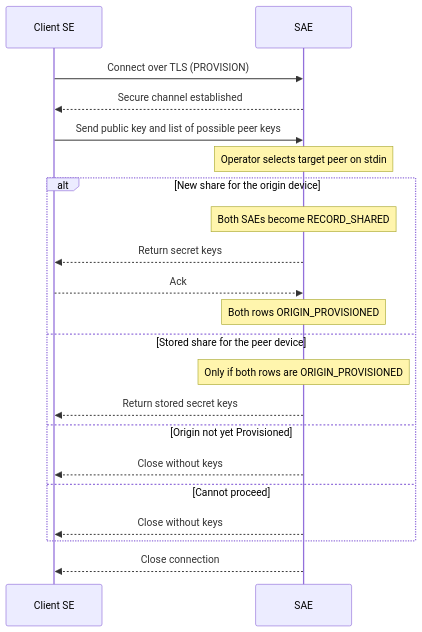
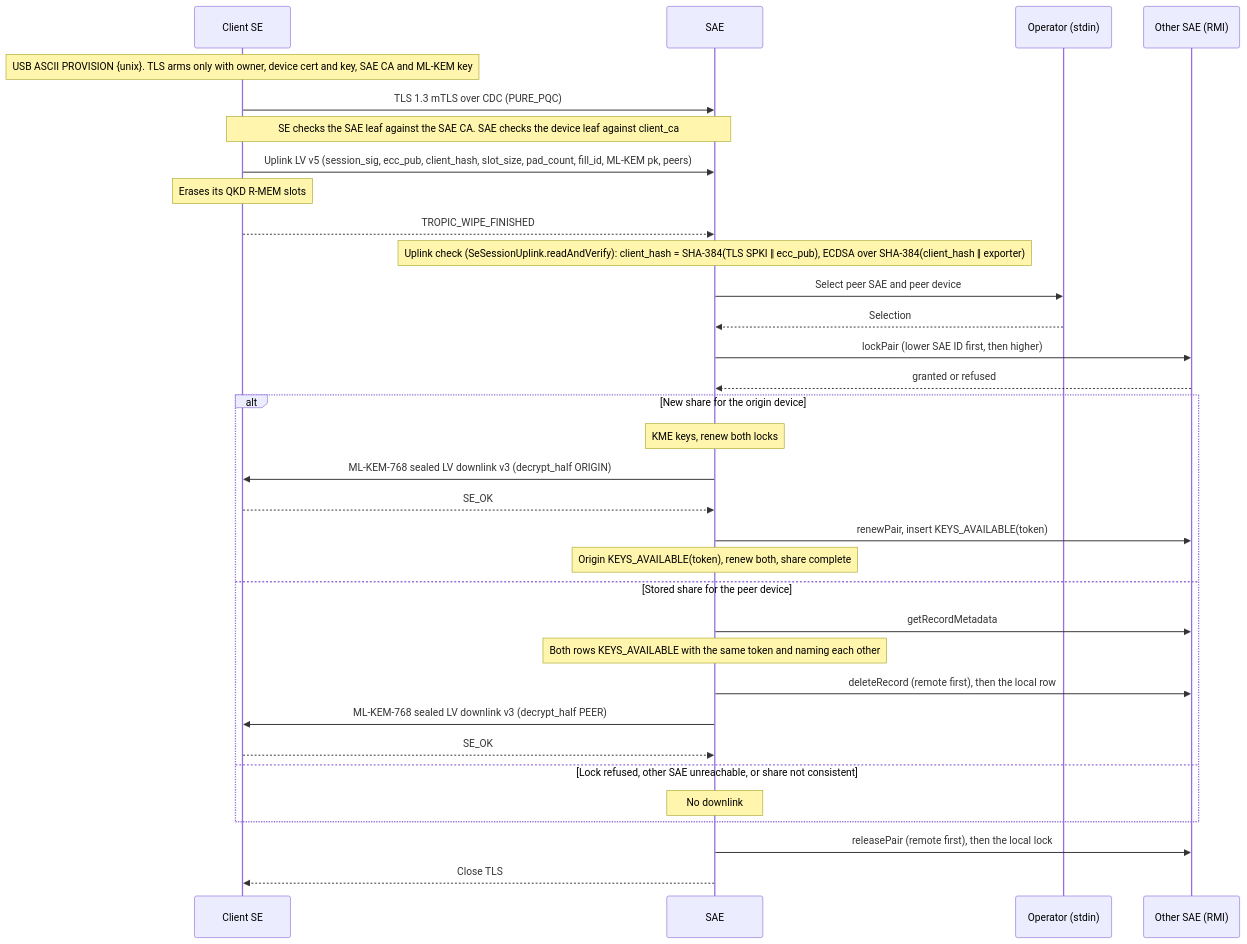
One commit to vonasmic/one-time-pad-keychain changed the second of 9 diagrams in JAVA_APPS/docs/FLOWCHARTS.md. Above: the diagram before and after it, drawn with Mermaid. The commit also changed other lines of this file and 310 other files, not shown here.

Commit message:
sae: security analysis and its reflective changes

````diff
--- a/JAVA_APPS/docs/FLOWCHARTS.md
+++ b/JAVA_APPS/docs/FLOWCHARTS.md
@@ -70,26 +81,38 @@
 ```mermaid
 sequenceDiagram
     participant SE as Client SE
     participant SAE as SAE
+    participant OP as Operator (stdin)
+    participant PEER as Other SAE (RMI)
 
-    SE->>SAE: Connect over TLS (PROVISION)
-    SAE-->>SE: Secure channel established
-    SE->>SAE: Send public key and list of possible peer keys
-    Note over SAE: Operator selects target peer on stdin
+    Note over SE: USB ASCII PROVISION {unix}. TLS arms only with owner, device cert and key, SAE CA and ML-KEM key
+    SE->>SAE: TLS 1.3 mTLS over CDC (PURE_PQC)
+    Note over SE,SAE: SE checks the SAE leaf against the SAE CA. SAE checks the device leaf against client_ca
+    SE->>SAE: Uplink LV v5 (session_sig, ecc_pub, client_hash, slot_size, pad_count, fill_id, ML-KEM pk, peers)
+    Note over SE: Erases its QKD R-MEM slots
+    SE-->>SAE: TROPIC_WIPE_FINISHED
+    Note over SAE: Uplink check (SeSessionUplink.readAndVerify): client_hash = SHA-384(TLS SPKI ‖ ecc_pub), ECDSA over SHA-384(client_hash ‖ exporter)
+    SAE->>OP: Select peer SAE and peer device
+    OP-->>SAE: Selection
+    SAE->>PEER: lockPair (lower SAE ID first, then higher)
+    PEER-->>SAE: granted or refused
 
     alt New share for the origin device
-        Note over SAE: Both SAEs become RECORD_SHARED
-        SAE-->>SE: Return secret keys
-        SE-->>SAE: Ack
-        Note over SAE: Both rows ORIGIN_PROVISIONED
+        Note over SAE: KME keys, renew both locks
+        SAE->>SE: ML-KEM-768 sealed LV downlink v3 (decrypt_half ORIGIN)
+        SE-->>SAE: SE_OK
+        SAE->>PEER: renewPair, insert KEYS_AVAILABLE(token)
+        Note over SAE: Origin KEYS_AVAILABLE(token), renew both, share complete
     else Stored share for the peer device
-        Note over SAE: Only if both rows are ORIGIN_PROVISIONED
-        SAE-->>SE: Return stored secret keys
-    else Origin not yet Provisioned
-        SAE-->>SE: Close without keys
-    else Cannot proceed
-        SAE-->>SE: Close without keys
+        SAE->>PEER: getRecordMetadata
+        Note over SAE: Both rows KEYS_AVAILABLE with the same token and naming each other
+        SAE->>PEER: deleteRecord (remote first), then the local row
+        SAE->>SE: ML-KEM-768 sealed LV downlink v3 (decrypt_half PEER)
+        SE-->>SAE: SE_OK
+    else Lock refused, other SAE unreachable, or share not consistent
+        Note over SAE: No downlink
     end
 
-    SAE-->>SE: Close connection
+    SAE->>PEER: releasePair (remote first), then the local lock
+    SAE-->>SE: Close TLS
 ```
````
